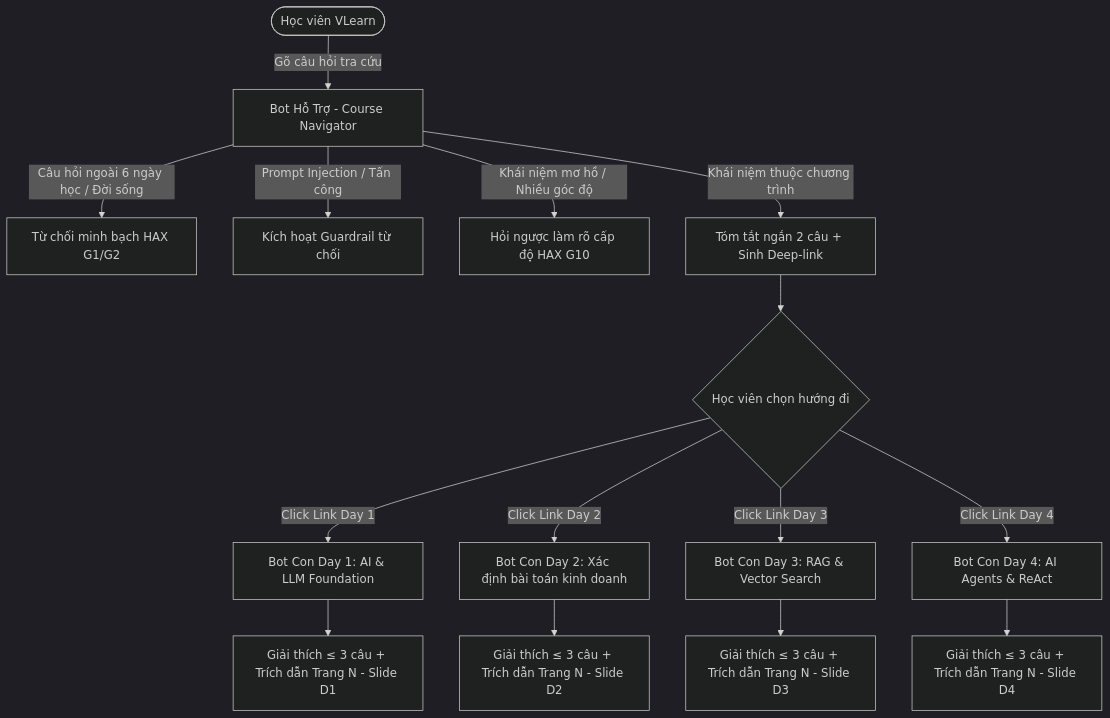
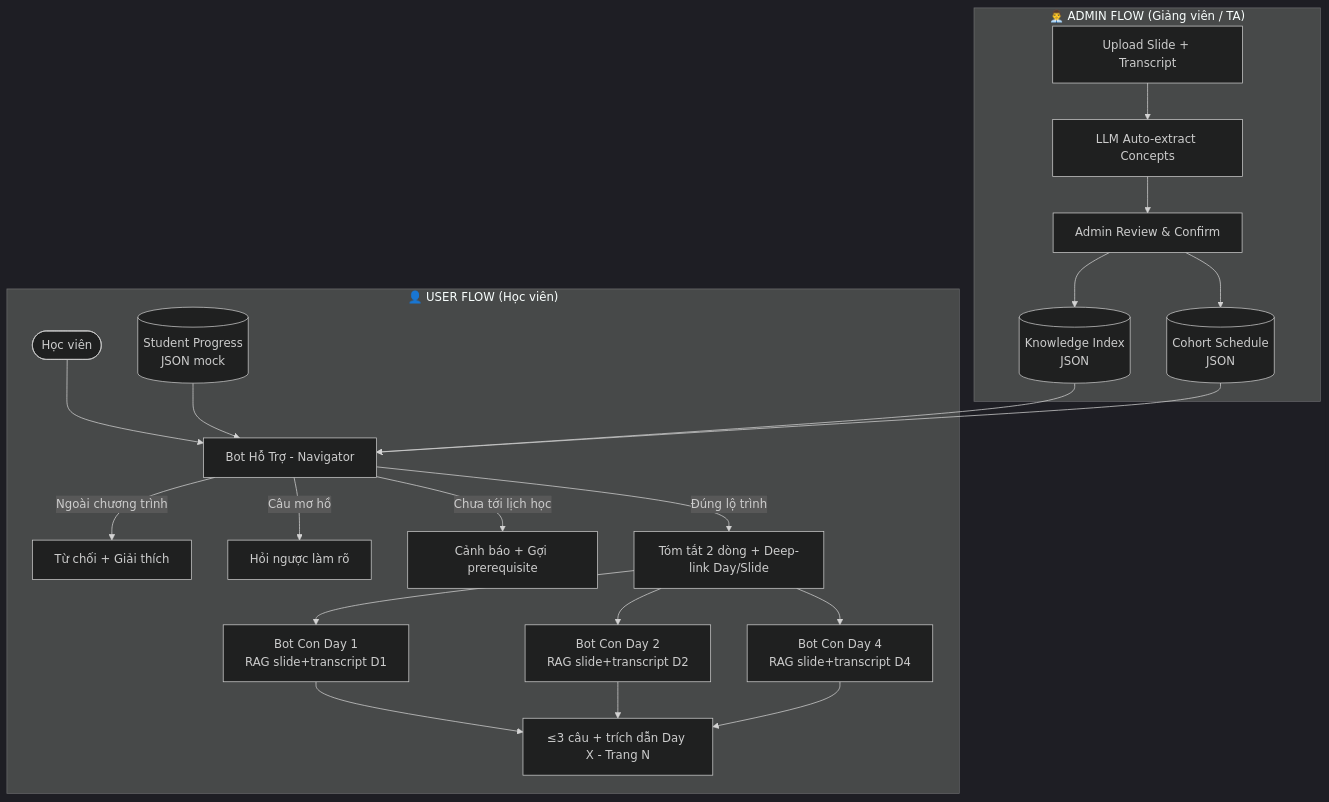
The first of 2 diagrams in spec.md (EddiesGranger03/K4-3A-E403-SHUP), drawn with Mermaid (dark theme) before and after one commit. The commit also changed other lines of this file and 92 other files, not shown here.

Commit message:
feat: merge all enhancements from branch phat into main (Next.js web-demo, auto-index pipeline, benchmark runner, data mining, rubric-compliant docs)

````diff
--- a/spec.md
+++ b/spec.md
@@ -89,20 +92,29 @@
 ```mermaid
 graph TD
-    User([Học viên VLearn]) -->|Gõ câu hỏi tra cứu| HubBot[Bot Hỗ Trợ - Course Navigator]
-    
-    HubBot -->|Câu hỏi ngoài 6 ngày học / Đời sống| Reject[Từ chối minh bạch HAX G1/G2]
-    HubBot -->|Prompt Injection / Tấn công| Guard[Kích hoạt Guardrail từ chối]
-    HubBot -->|Khái niệm mơ hồ / Nhiều góc độ| Probing[Hỏi ngược làm rõ cấp độ HAX G10]
-    HubBot -->|Khái niệm thuộc chương trình| RouteMap[Tóm tắt ngắn 2 câu + Sinh Deep-link]
-    
-    RouteMap --> DeepLinks{Học viên chọn hướng đi}
-    DeepLinks -->|Click Link Day 1| Spoke1[Bot Con Day 1: AI & LLM Foundation]
-    DeepLinks -->|Click Link Day 2| Spoke2[Bot Con Day 2: Xác định bài toán kinh doanh]
-    DeepLinks -->|Click Link Day 3| Spoke3[Bot Con Day 3: RAG & Vector Search]
-    DeepLinks -->|Click Link Day 4| Spoke4[Bot Con Day 4: AI Agents & ReAct]
-    
-    Spoke1 --> InDepth1[Giải thích ≤ 3 câu + Trích dẫn Trang N - Slide D1]
-    Spoke2 --> InDepth2[Giải thích ≤ 3 câu + Trích dẫn Trang N - Slide D2]
-    Spoke3 --> InDepth3[Giải thích ≤ 3 câu + Trích dẫn Trang N - Slide D3]
-    Spoke4 --> InDepth4[Giải thích ≤ 3 câu + Trích dẫn Trang N - Slide D4]
+    subgraph ADMIN["👨‍💼 ADMIN FLOW (Giảng viên / TA)"]
+        Upload[Upload Slide + Transcript] --> Extract[LLM Auto-extract Concepts]
+        Extract --> Review[Admin Review & Confirm]
+        Review --> KnowledgeIndex[(Knowledge Index\nJSON)]
+        Review --> CohortSchedule[(Cohort Schedule\nJSON)]
+    end
+
+    subgraph USER["👤 USER FLOW (Học viên)"]
+        Student([Học viên]) --> HubBot[Bot Hỗ Trợ - Navigator]
+        StudentProgress[(Student Progress\nJSON mock)] --> HubBot
+        KnowledgeIndex --> HubBot
+        CohortSchedule --> HubBot
+
+        HubBot -->|Ngoài chương trình| Reject[Từ chối + Giải thích]
+        HubBot -->|Câu mơ hồ| Probing[Hỏi ngược làm rõ]
+        HubBot -->|Chưa tới lịch học| Warning[Cảnh báo + Gợi prerequisite]
+        HubBot -->|Đúng lộ trình| Links[Tóm tắt 2 dòng + Deep-link Day/Slide]
+
+        Links --> SubBot1[Bot Con Day 1\nRAG slide+transcript D1]
+        Links --> SubBot2[Bot Con Day 2\nRAG slide+transcript D2]
+        Links --> SubBot4[Bot Con Day 4\nRAG slide+transcript D4]
+
+        SubBot1 --> Answer[≤3 câu + trích dẫn Day X - Trang N]
+        SubBot2 --> Answer
+        SubBot4 --> Answer
+    end
 ```
````
